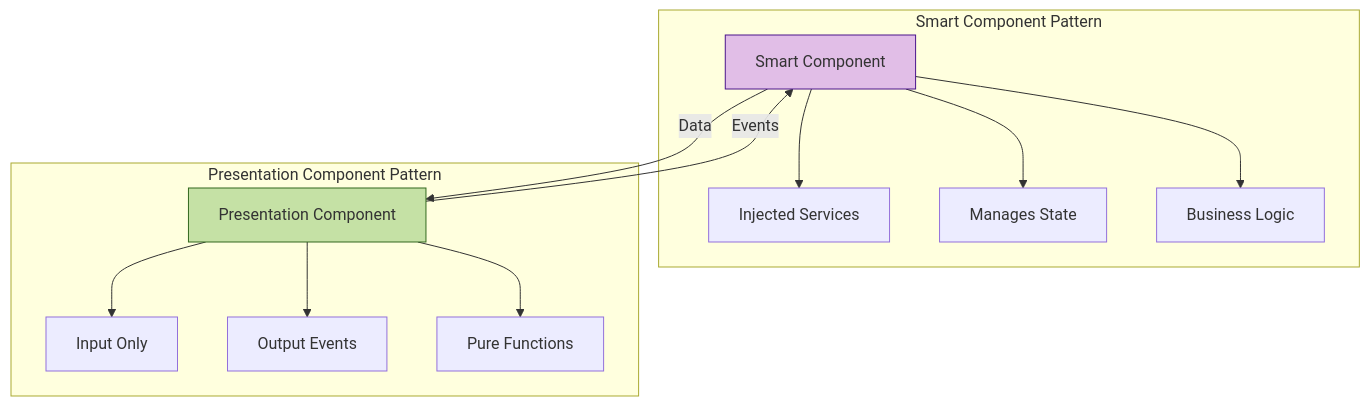
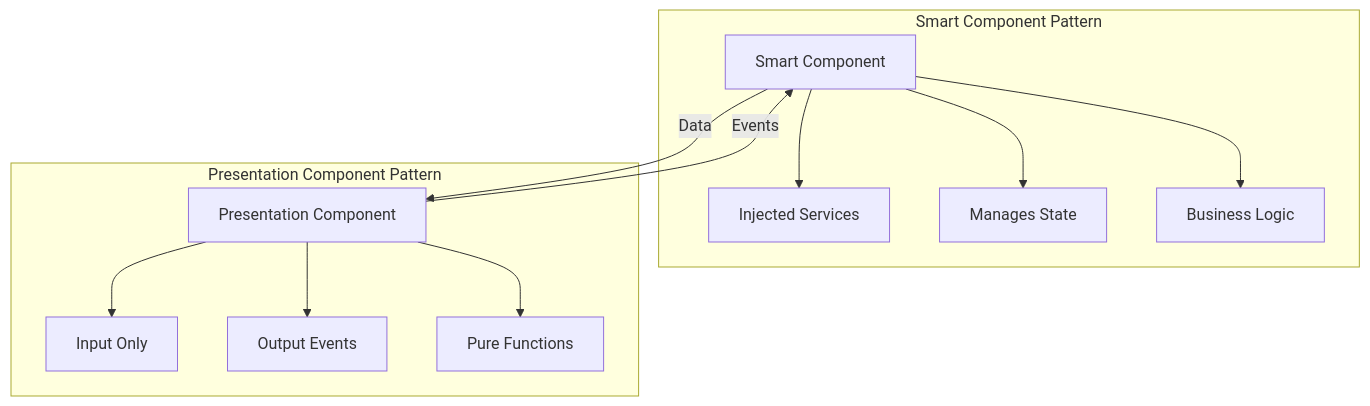
One commit to o2alexanderfedin/angular-cas-disot changed the ninth of 13 diagrams in docs/architecture/component-architecture.md. Above: the diagram before and after it, drawn with Mermaid. The commit also changed other lines of this file and 18 other files, not shown here.

````diff
--- a/docs/architecture/component-architecture.md
+++ b/docs/architecture/component-architecture.md
@@ -287,30 +284,30 @@
 ```mermaid
 graph TD
     subgraph "Smart Component Pattern"
         SC[Smart Component]
         SC_SVC[Injected Services]
         SC_STATE[Manages State]
         SC_LOGIC[Business Logic]
         
         SC --> SC_SVC
         SC --> SC_STATE
         SC --> SC_LOGIC
     end
     
     subgraph "Presentation Component Pattern"
         PC[Presentation Component]
         PC_INPUT[Input Only]
         PC_OUTPUT[Output Events]
         PC_PURE[Pure Functions]
         
         PC --> PC_INPUT
         PC --> PC_OUTPUT
         PC --> PC_PURE
     end
     
     SC -->|Data| PC
     PC -->|Events| SC
     
-    style SC fill:#e1bee7,stroke:#4a148c
-    style PC fill:#c5e1a5,stroke:#33691e
+    
+    
 ```
````
